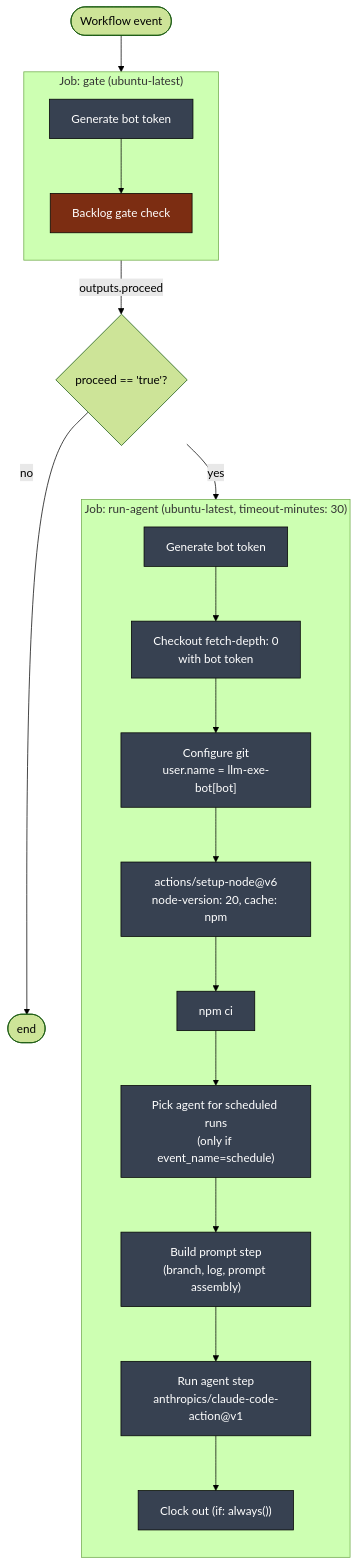
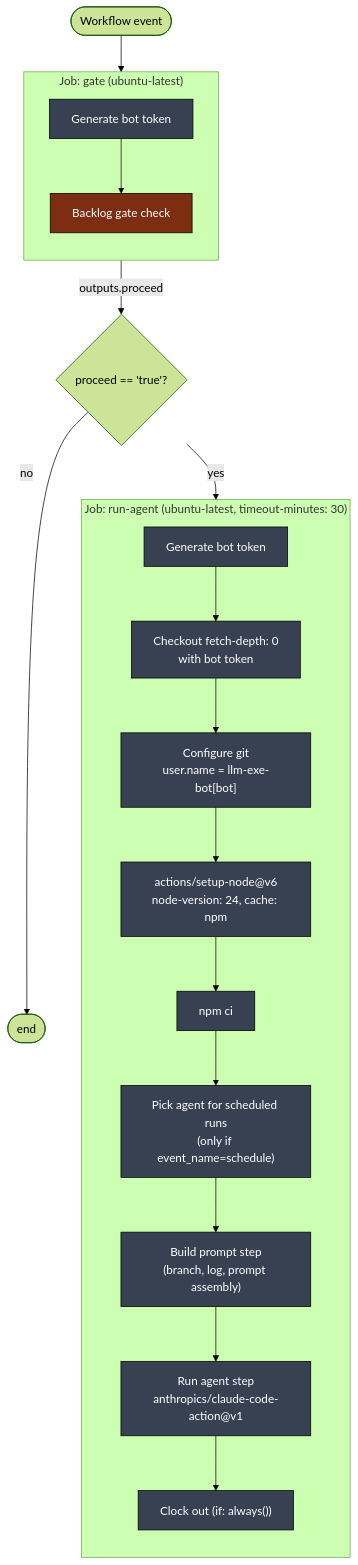
One commit to llm-exe/llm-exe changed the fourth of 13 diagrams in .github/docs/AGENT_RUN_DEEP_DIVE.md. Above: the diagram before and after it, drawn with Mermaid (forest theme). The commit also changed other lines of this file and 6 other files, not shown here.

Commit message:
chore: update Node.js version to 24 in documentation deep dive files

````diff
--- a/.github/docs/AGENT_RUN_DEEP_DIVE.md
+++ b/.github/docs/AGENT_RUN_DEEP_DIVE.md
@@ -200,34 +200,34 @@
 ```mermaid
 flowchart TB
     classDef job fill:#1e3a8a,color:#fff,stroke:#000
     classDef step fill:#374151,color:#fff,stroke:#000
     classDef gate fill:#7c2d12,color:#fff,stroke:#000
 
     start([Workflow event])
     start --> J1
 
     subgraph J1["Job: gate (ubuntu-latest)"]
         direction TB
         g1["Generate bot token"]:::step
         g2["Backlog gate check"]:::gate
         g1 --> g2
     end
 
     J1 -->|outputs.proceed| dec{proceed == 'true'?}
     dec -->|no| stop([end])
     dec -->|yes| J2
 
     subgraph J2["Job: run-agent (ubuntu-latest, timeout-minutes: 30)"]
         direction TB
         r1["Generate bot token"]:::step
         r2["Checkout fetch-depth: 0\nwith bot token"]:::step
         r3["Configure git\nuser.name = llm-exe-bot[bot]"]:::step
-        r4["actions/setup-node@v6\nnode-version: 20, cache: npm"]:::step
+        r4["actions/setup-node@v6\nnode-version: 24, cache: npm"]:::step
         r5["npm ci"]:::step
         r6["Pick agent for scheduled runs\n(only if event_name=schedule)"]:::step
         r7["Build prompt step\n(branch, log, prompt assembly)"]:::step
         r8["Run agent step\nanthropics/claude-code-action@v1"]:::step
         r9["Clock out (if: always())"]:::step
         r1 --> r2 --> r3 --> r4 --> r5 --> r6 --> r7 --> r8 --> r9
     end
 ```
````
